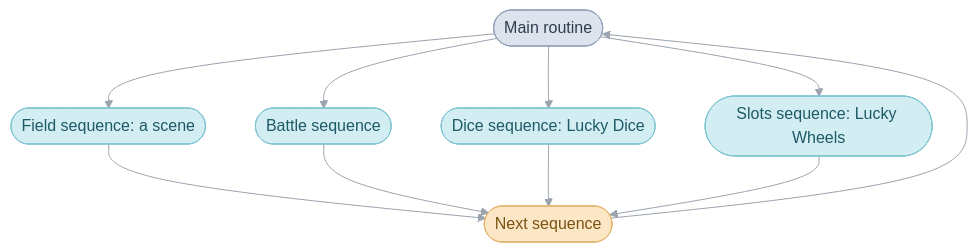
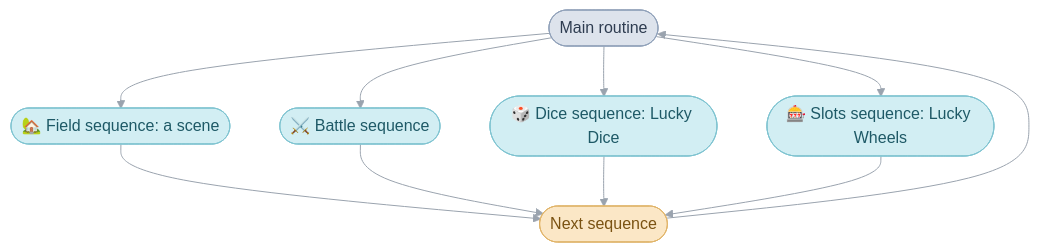
The second of 4 diagrams in games/tbs/README.md (PascalPixel/alchemy), drawn with Mermaid before and after one commit. The commit also changed other lines of this file and 5 other files, not shown here.

````diff
--- a/games/tbs/README.md
+++ b/games/tbs/README.md
@@ -18,13 +50,13 @@
 ```mermaid
 %%{init: {"theme": "base", "themeVariables": {"lineColor": "#9AA3AE", "edgeLabelBackground": "#FFFFFF"}, "flowchart": {"curve": "basis", "padding": 12}}}%%
 flowchart TD
-  loop(["Main routine"]) --> scene(["Field sequence: a scene"]) & battle(["Battle sequence"]) & dice(["Dice sequence: Lucky Dice"]) & wheels(["Slots sequence: Lucky Wheels"])
+  loop(["Main routine"]) --> scene(["🏡 Field sequence: a scene"]) & battle(["⚔️ Battle sequence"]) & dice(["🎲 Dice sequence: Lucky Dice"]) & wheels(["🎰 Slots sequence: Lucky Wheels"])
   scene & battle & dice & wheels --> back(["Next sequence"])
   back --> loop
   classDef mainRoutine fill:#DDE3EC,stroke:#8FA0B8,color:#2E3C50
   classDef sequence fill:#D2EEF3,stroke:#7FC3D0,color:#1E5966
   classDef request fill:#FBE7C6,stroke:#E0B46A,color:#7A5212
   class loop mainRoutine
   class scene,battle,dice,wheels sequence
   class back request
 ```
````
